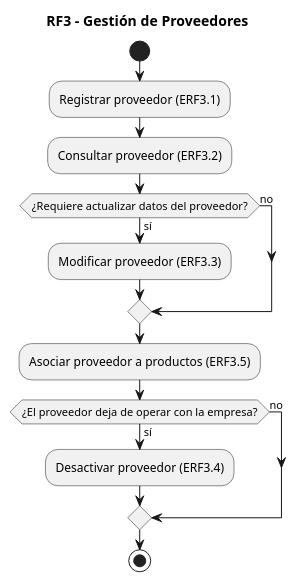
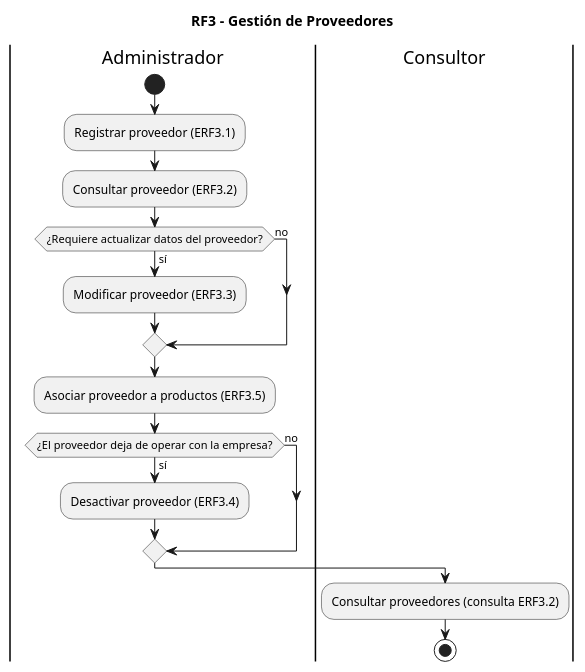
The diagram in public/anexos/03-Diagramas/Diagramas_De_Actividad/RF3_proveedores.puml (kevinZP-ai/pagina-web-almexa), drawn with PlantUML before and after one commit. The commit also changed 55 other files, not shown here.

```diff
--- a/public/anexos/03-Diagramas/Diagramas_De_Actividad/RF3_proveedores.puml
+++ b/public/anexos/03-Diagramas/Diagramas_De_Actividad/RF3_proveedores.puml
@@ -1,22 +1,25 @@
 @startuml
 title RF3 - Gestión de Proveedores
 
-|Encargado de Compras|
+|Administrador|
 start
 :Registrar proveedor (ERF3.1);
 :Consultar proveedor (ERF3.2);
 
 if (¿Requiere actualizar datos del proveedor?) then (sí)
   :Modificar proveedor (ERF3.3);
 else (no)
 endif
 
 :Asociar proveedor a productos (ERF3.5);
 
 if (¿El proveedor deja de operar con la empresa?) then (sí)
   :Desactivar proveedor (ERF3.4);
 else (no)
 endif
 
+|Consultor|
+:Consultar proveedores (consulta ERF3.2);
+
 stop
 @enduml
```
